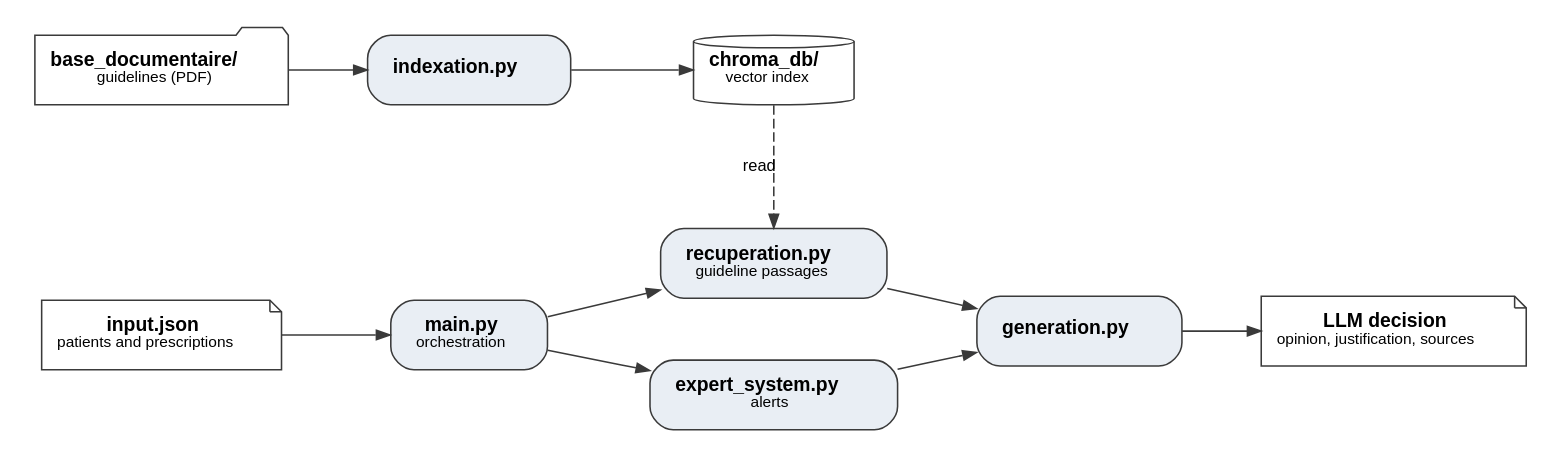
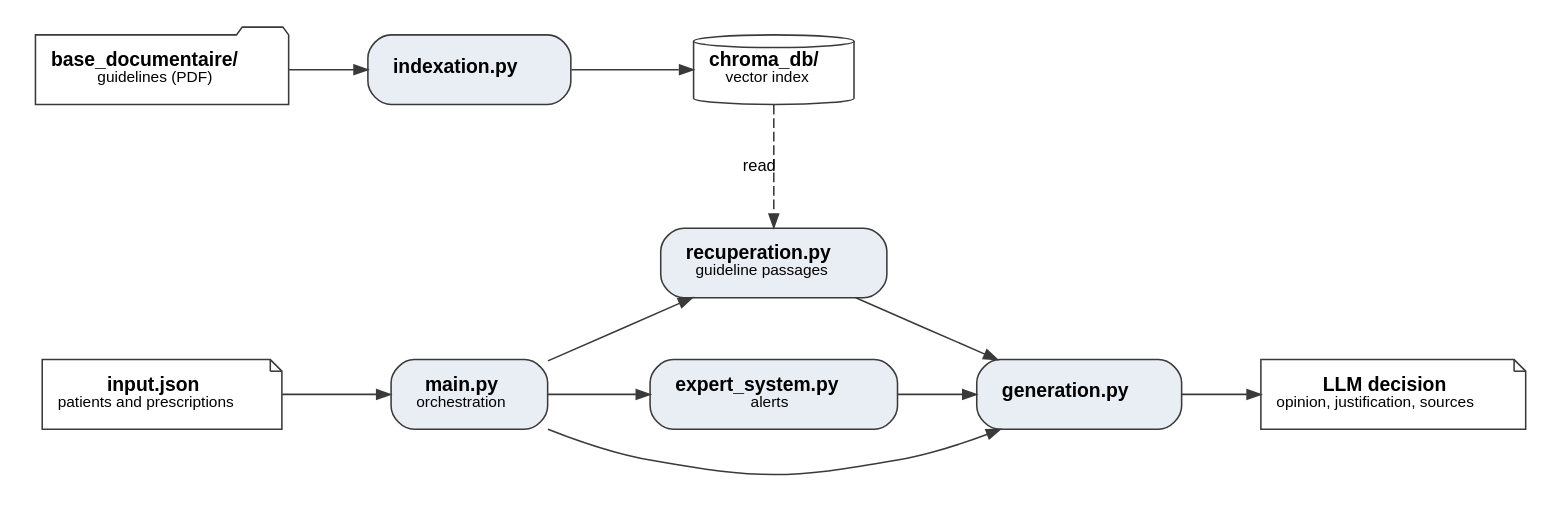
The diagram in figures_en/figure_1.dot (naikenisen/projet_pui), drawn with Graphviz before and after one commit. The commit also changed 1 other file, not shown here.

Commit message:
adding new link in the schematic representation for the readme

```diff
--- a/figures_en/figure_1.dot
+++ b/figures_en/figure_1.dot
@@ -1,36 +1,37 @@
 // Figure 1: pipeline architecture (links between scripts, see README.md)
 // Export: dot -Tpdf figure_1.dot -o figure_1.pdf
 digraph architecture {
     graph [rankdir=LR, fontname="Helvetica", nodesep=0.45, ranksep=0.55, pad=0.15, newrank=true];
     node  [fontname="Helvetica", fontsize=10, color="#3A3A3A", penwidth=0.8];
     edge  [fontname="Helvetica", fontsize=8.5, color="#3A3A3A", arrowsize=0.7, penwidth=0.8];
 
     // Data
     node [shape=folder, style=filled, fillcolor="#FFFFFF"];
     base     [label=<<B>base_documentaire/</B><BR/><FONT POINT-SIZE="8.5">guidelines (PDF)</FONT>>];
     patients [shape=note, label=<<B>input.json</B><BR/><FONT POINT-SIZE="8.5">patients and prescriptions</FONT>>];
     chroma   [shape=cylinder, label=<<B>chroma_db/</B><BR/><FONT POINT-SIZE="8.5">vector index</FONT>>];
     decision [shape=note, label=<<B>LLM decision</B><BR/><FONT POINT-SIZE="8.5">opinion, justification, sources</FONT>>];
 
     // Scripts
     node [shape=box, style="rounded,filled", fillcolor="#E9EEF4", margin="0.18,0.08"];
     indexation [label=<<B>indexation.py</B>>];
     main       [label=<<B>main.py</B><BR/><FONT POINT-SIZE="8.5">orchestration</FONT>>];
     recup      [label=<<B>recuperation.py</B><BR/><FONT POINT-SIZE="8.5">guideline passages</FONT>>];
     expert     [label=<<B>expert_system.py</B><BR/><FONT POINT-SIZE="8.5">alerts</FONT>>];
     generation [label=<<B>generation.py</B>>];
 
     { rank=same; base; patients; }
     { rank=same; indexation; main; }
     { rank=same; chroma; recup; expert; }
 
     base -> indexation -> chroma;
     chroma -> recup [style=dashed, label="read"];
 
     patients -> main;
+    main -> generation;
     main -> recup;
     main -> expert;
     recup -> generation;
     expert -> generation;
     generation -> decision;
 }
```
